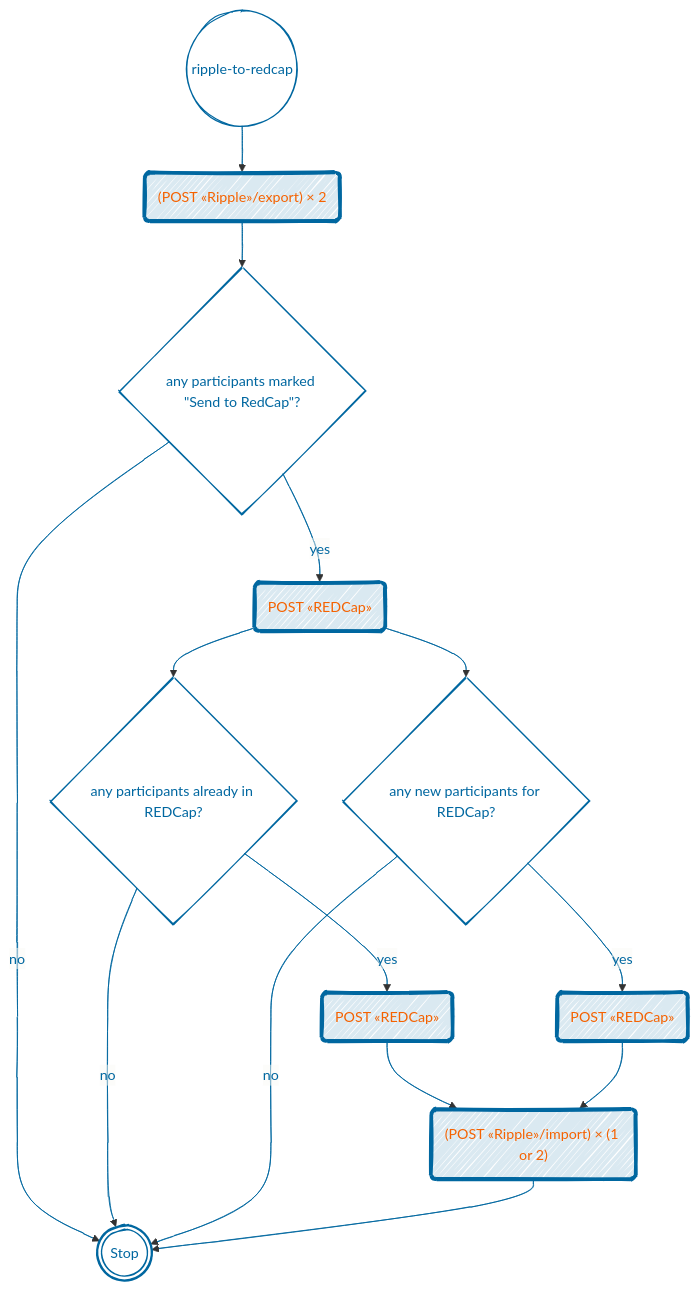
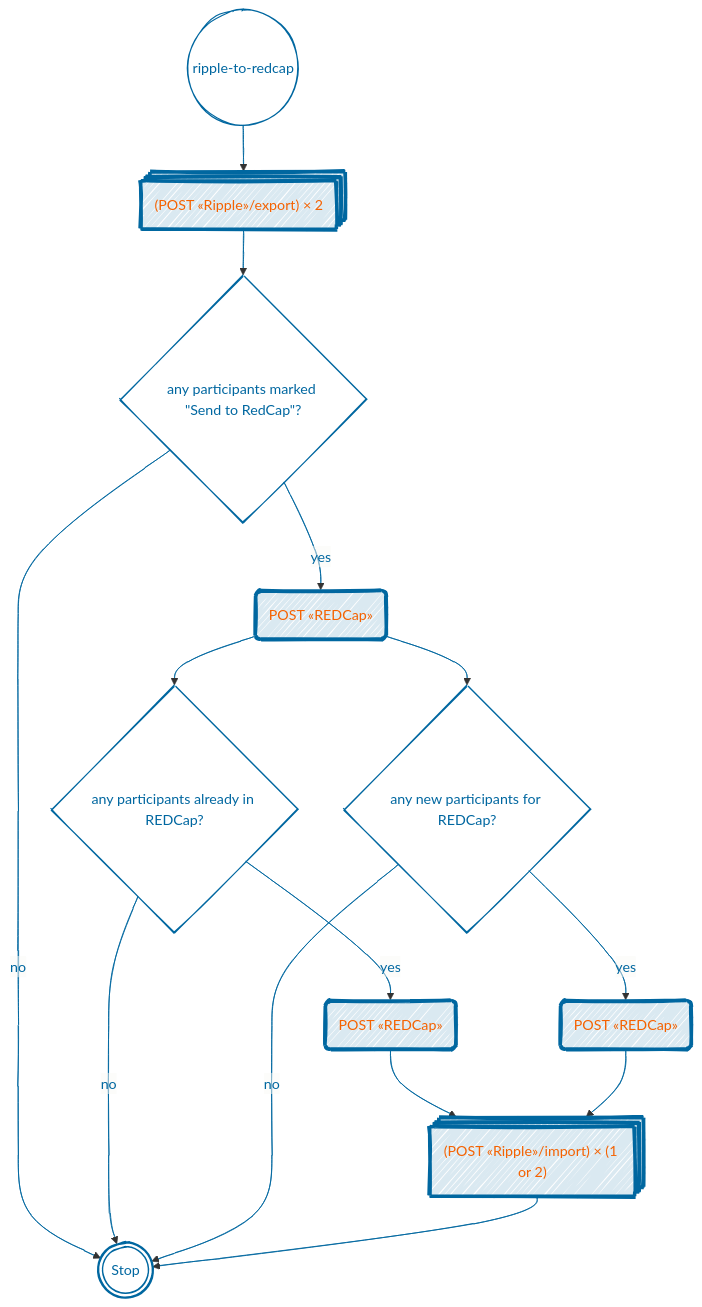
The diagram in python_jobs/src/hbnmigration/from_ripple/README.md (shnizzedy/hbnmigration), drawn with Mermaid before and after one commit. The commit also changed 3 other files, not shown here.

Commit message:
:memo: Add flowchart for curious-alerts-to-redcap

````diff
--- a/python_jobs/src/hbnmigration/from_ripple/README.md
+++ b/python_jobs/src/hbnmigration/from_ripple/README.md
@@ -5,21 +5,21 @@
 ```mermaid
 ---
 config:
   look: handDrawn
   themeVariables:
     edgeLabelBackground: '#FAF9F500'
     fontFamily: "Verdana, Courier New, Arial Black, Arial Bold, cursive, fantasy"
 ---
 flowchart TD
     classDef apiCall color:#F56200,fill:#0067a025,stroke:#0067a0,stroke-width:4px;
     classDef default stroke:#0067a0,color:#0067a0,fill:#FAF9F510;
 
-    start@{ shape: circle, label: "ripple-to-redcap" } --> request_potential_participants@{ shape: rounded, label: "(POST «Ripple»/export) × 2" } --> ripple_data@{ shape: diamond, label: "any participants marked \"Send to RedCap\"?" } -- no --> stop@{ shape: dbl-circ, label: "Stop" };
+    start@{ shape: circle, label: "ripple-to-redcap" } --> request_potential_participants@{ shape: procs, label: "(POST «Ripple»/export) × 2" } --> ripple_data@{ shape: diamond, label: "any participants marked \"Send to RedCap\"?" } -- no --> stop@{ shape: dbl-circ, label: "Stop" };
     ripple_data -- yes --> get_redcap_subjects_to_update@{ shape: rounded, label: "POST «REDCap»" } --> update@{ shape: diamond, label: "any participants already in REDCap?" } -- no --> stop;
-    update -- yes --> update_redcap@{ shape: rounded, label: "POST «REDCap»" } --> update_ripple@{ shape: rounded, label: "(POST «Ripple»/import) × (1 or 2)" };
+    update -- yes --> update_redcap@{ shape: rounded, label: "POST «REDCap»" } --> update_ripple@{ shape: procs, label: "(POST «Ripple»/import) × (1 or 2)" };
     get_redcap_subjects_to_update --> new@{ shape: diamond, label: "any new participants for REDCap?" } -- no --> stop;
     new -- yes --> insert_redcap@{ shape: rounded, label: "POST «REDCap»" } --> update_ripple --> stop;
 
     class request_potential_participants,get_redcap_subjects_to_update,update_redcap,insert_redcap,update_ripple apiCall;
     linkStyle 0,1,2,3,4,5,6,7,8,9,10,11,12 stroke:#0067a0,color:#0067a0
 ```
````
